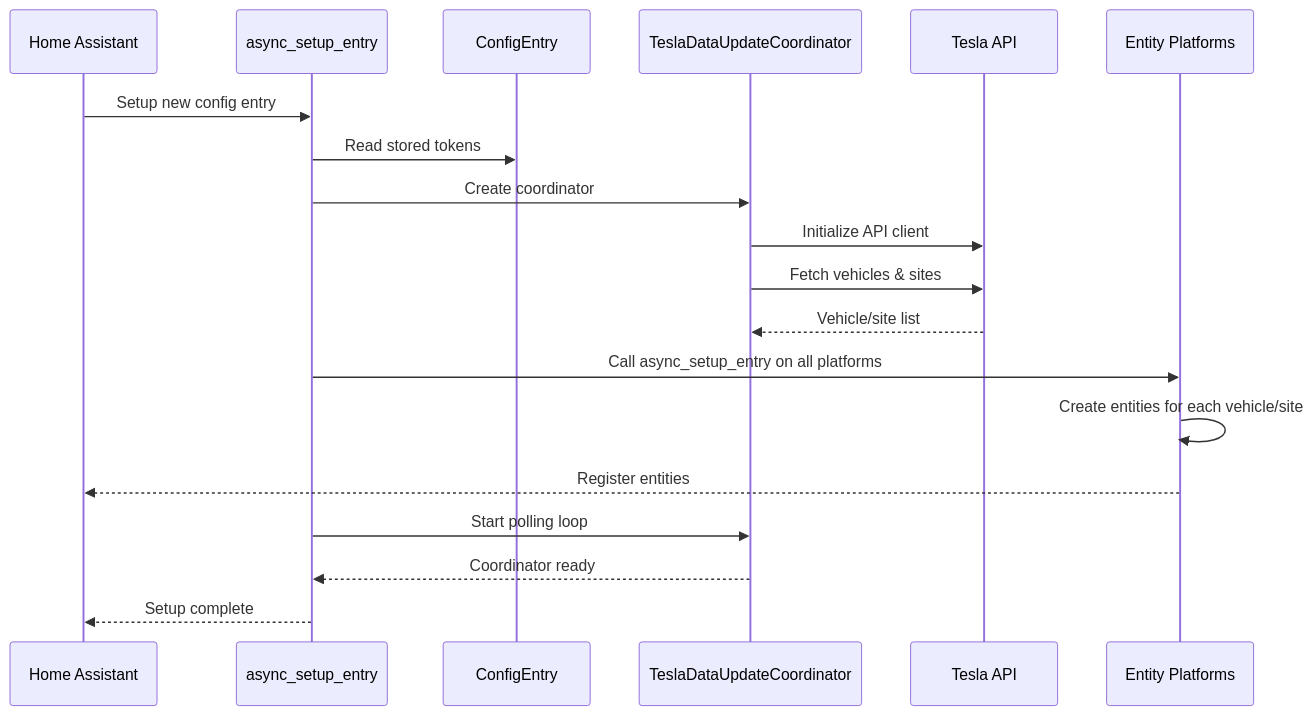
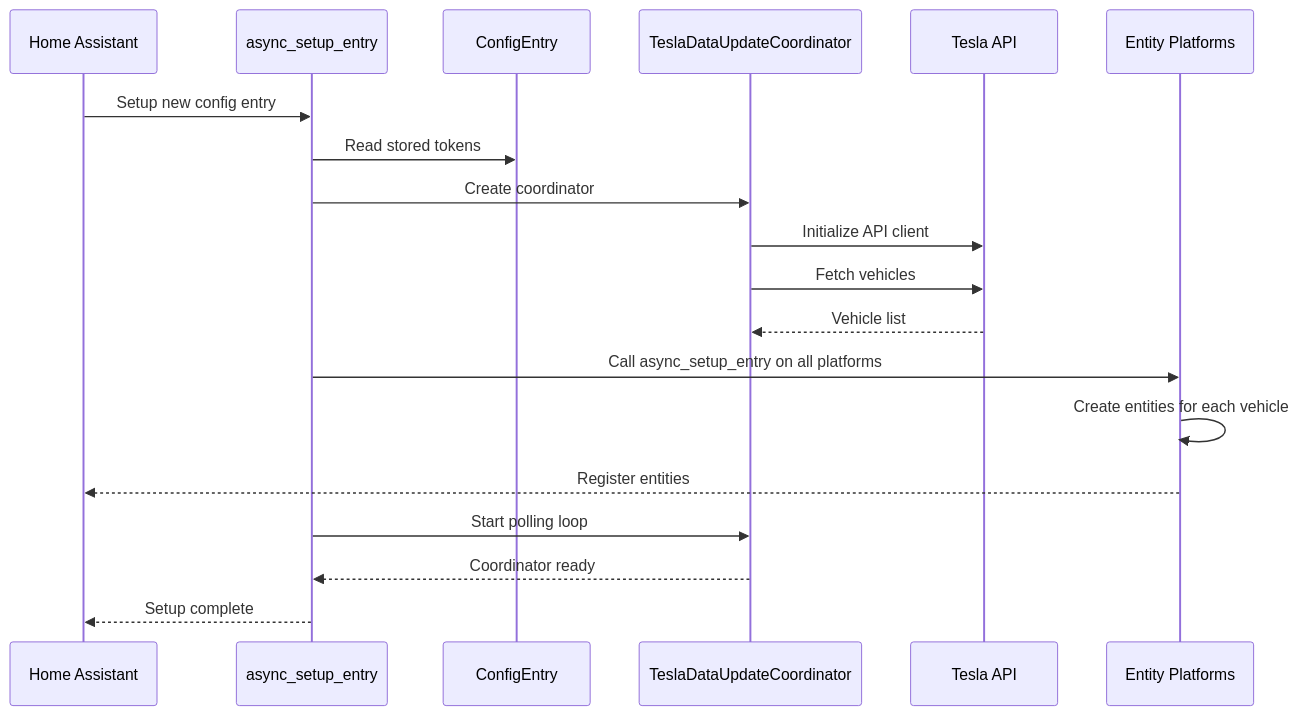
The third of 12 diagrams in docs/workflows.md (grzesiek1711/tesla), drawn with Mermaid before and after one commit. The commit also changed other lines of this file and 31 other files, not shown here.

````diff
--- a/docs/workflows.md
+++ b/docs/workflows.md
@@ -52,24 +52,24 @@
 ```mermaid
 sequenceDiagram
     participant HA as Home Assistant
     participant Setup as async_setup_entry
     participant Config as ConfigEntry
     participant TDC as TeslaDataUpdateCoordinator
     participant API as Tesla API
     participant Entity as Entity Platforms
 
     HA->>Setup: Setup new config entry
     Setup->>Config: Read stored tokens
     Setup->>TDC: Create coordinator
     TDC->>API: Initialize API client
-    TDC->>API: Fetch vehicles & sites
-    API-->>TDC: Vehicle/site list
+    TDC->>API: Fetch vehicles
+    API-->>TDC: Vehicle list
 
     Setup->>Entity: Call async_setup_entry on all platforms
-    Entity->>Entity: Create entities for each vehicle/site
+    Entity->>Entity: Create entities for each vehicle
     Entity-->>HA: Register entities
 
     Setup->>TDC: Start polling loop
     TDC-->>Setup: Coordinator ready
     Setup-->>HA: Setup complete
 ```
````
